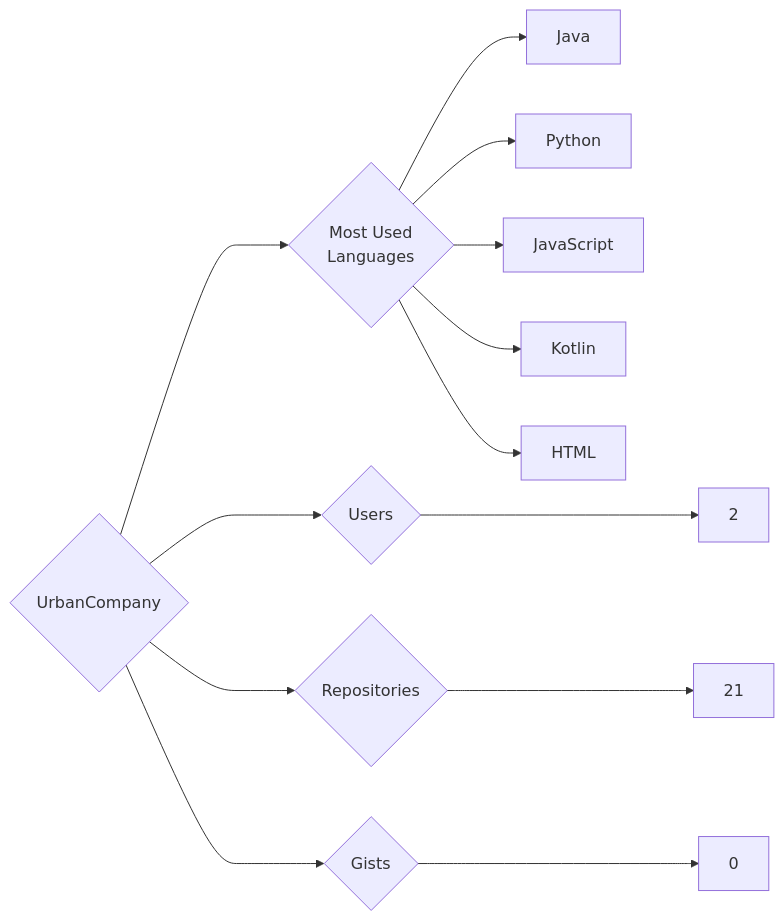
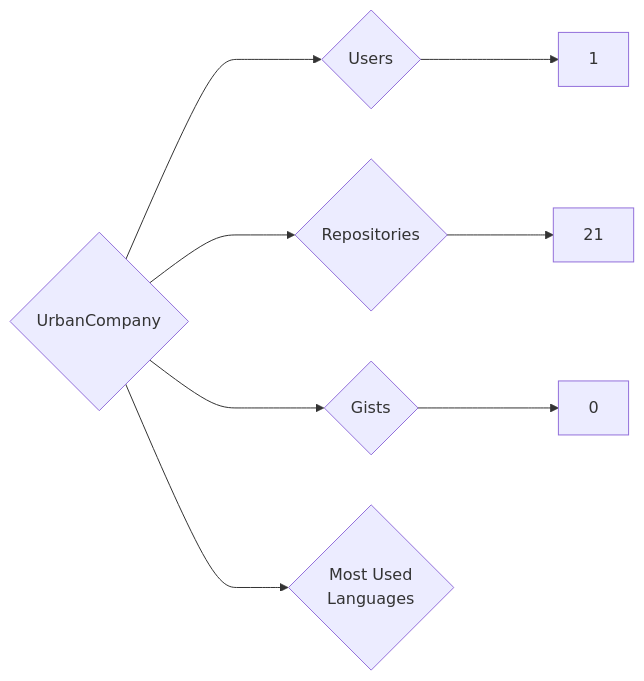
The diagram in targets/UrbanCompany/README.md (trickest/insiders), drawn with Mermaid before and after one commit. The commit also changed 682 other files, not shown here.

````diff
--- a/targets/UrbanCompany/README.md
+++ b/targets/UrbanCompany/README.md
@@ -3,13 +3,8 @@
 ```mermaid
 graph LR
 COMPANY_NAME{UrbanCompany}
-COMPANY_NAME ---> U{Users} ---> UN[2]
+COMPANY_NAME ---> U{Users} ---> UN[1]
 COMPANY_NAME ---> R{Repositories} ---> RN[21]
 COMPANY_NAME ---> G{Gists} ---> GN[0]
 COMPANY_NAME ---> ML{Most Used<br>Languages}
-ML --> Java[Java]
-ML --> Python[Python]
-ML --> JavaScript[JavaScript]
-ML --> Kotlin[Kotlin]
-ML --> HTML[HTML]
 ```
````
